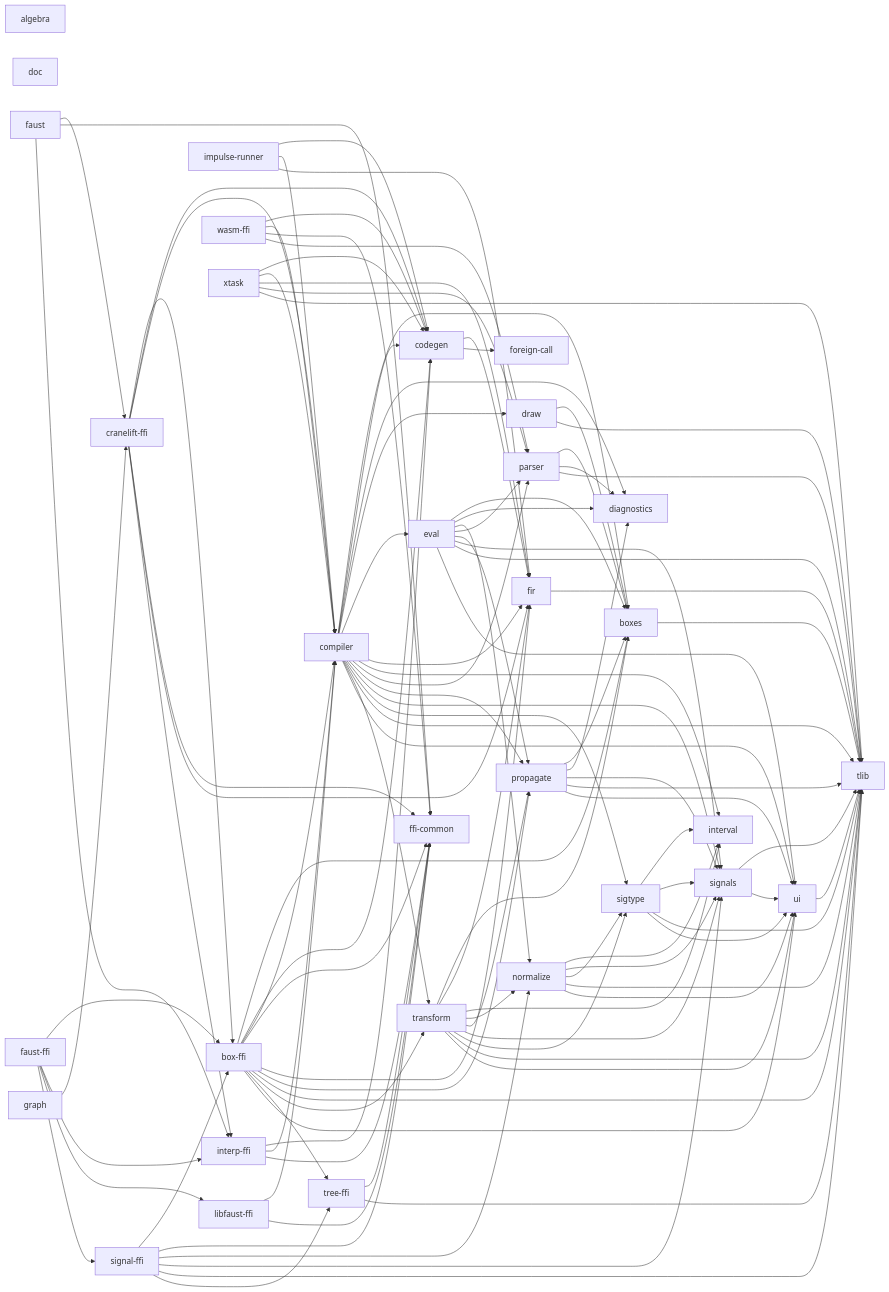
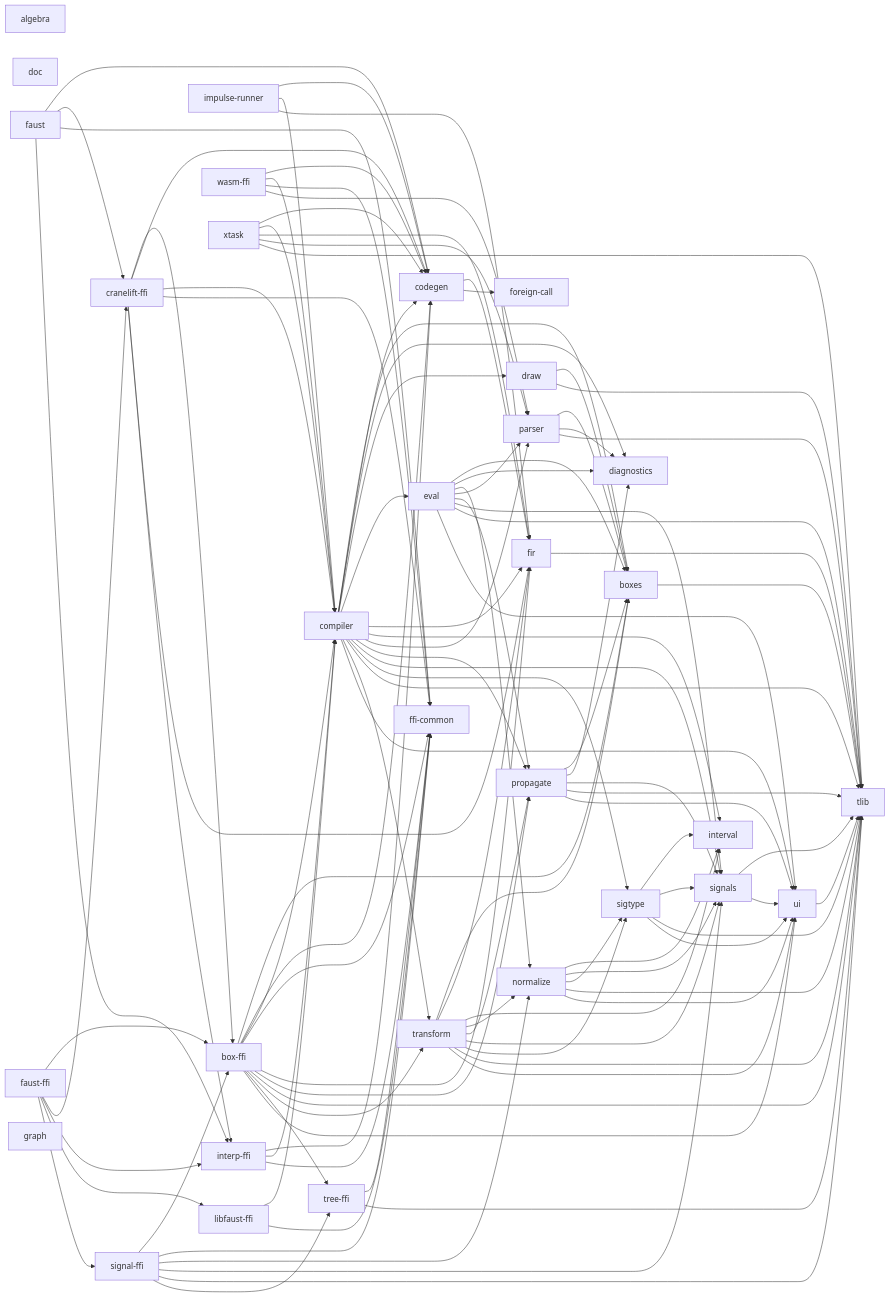
Before and after one commit to grame-cncm/faust-rs: the diagram in docs/code-graphs/internal-crate-deps.mmd, drawn with Mermaid. The commit also changed 19 other files, not shown here.

First line of the commit message:
faust, codegen, cranelift-ffi: Control::shortname and set_param_value/get_param_value by path, shortname or label as MapUI; one PathBuilder port (codegen::shortname::build_path) for the facade and faustprobe

```diff
--- a/docs/code-graphs/internal-crate-deps.mmd
+++ b/docs/code-graphs/internal-crate-deps.mmd
@@ -1,139 +1,140 @@
 flowchart LR
     crate_algebra["algebra"]
     crate_box_ffi["box-ffi"]
     crate_boxes["boxes"]
     crate_codegen["codegen"]
     crate_compiler["compiler"]
     crate_cranelift_ffi["cranelift-ffi"]
     crate_diagnostics["diagnostics"]
     crate_doc["doc"]
     crate_draw["draw"]
     crate_eval["eval"]
     crate_faust["faust"]
     crate_faust_ffi["faust-ffi"]
     crate_ffi_common["ffi-common"]
     crate_fir["fir"]
     crate_foreign_call["foreign-call"]
     crate_graph["graph"]
     crate_impulse_runner["impulse-runner"]
     crate_interp_ffi["interp-ffi"]
     crate_interval["interval"]
     crate_libfaust_ffi["libfaust-ffi"]
     crate_normalize["normalize"]
     crate_parser["parser"]
     crate_propagate["propagate"]
     crate_signal_ffi["signal-ffi"]
     crate_signals["signals"]
     crate_sigtype["sigtype"]
     crate_tlib["tlib"]
     crate_transform["transform"]
     crate_tree_ffi["tree-ffi"]
     crate_ui["ui"]
     crate_wasm_ffi["wasm-ffi"]
     crate_xtask["xtask"]
     crate_box_ffi --> crate_boxes
     crate_box_ffi --> crate_codegen
     crate_box_ffi --> crate_compiler
     crate_box_ffi --> crate_ffi_common
     crate_box_ffi --> crate_fir
     crate_box_ffi --> crate_propagate
     crate_box_ffi --> crate_tlib
     crate_box_ffi --> crate_transform
     crate_box_ffi --> crate_tree_ffi
     crate_box_ffi --> crate_ui
     crate_boxes --> crate_tlib
     crate_codegen --> crate_fir
     crate_codegen --> crate_foreign_call
     crate_compiler --> crate_boxes
     crate_compiler --> crate_codegen
     crate_compiler --> crate_diagnostics
     crate_compiler --> crate_draw
     crate_compiler --> crate_eval
     crate_compiler --> crate_fir
     crate_compiler --> crate_interval
     crate_compiler --> crate_parser
     crate_compiler --> crate_propagate
     crate_compiler --> crate_signals
     crate_compiler --> crate_sigtype
     crate_compiler --> crate_tlib
     crate_compiler --> crate_transform
     crate_compiler --> crate_ui
     crate_cranelift_ffi --> crate_box_ffi
     crate_cranelift_ffi --> crate_codegen
     crate_cranelift_ffi --> crate_compiler
     crate_cranelift_ffi --> crate_ffi_common
     crate_cranelift_ffi --> crate_fir
     crate_cranelift_ffi --> crate_interp_ffi
     crate_draw --> crate_boxes
     crate_draw --> crate_tlib
     crate_eval --> crate_boxes
     crate_eval --> crate_diagnostics
     crate_eval --> crate_normalize
     crate_eval --> crate_parser
     crate_eval --> crate_propagate
     crate_eval --> crate_signals
     crate_eval --> crate_tlib
     crate_eval --> crate_ui
+    crate_faust --> crate_codegen
     crate_faust --> crate_cranelift_ffi
     crate_faust --> crate_ffi_common
     crate_faust --> crate_interp_ffi
     crate_faust_ffi --> crate_box_ffi
     crate_faust_ffi --> crate_cranelift_ffi
     crate_faust_ffi --> crate_interp_ffi
     crate_faust_ffi --> crate_libfaust_ffi
     crate_faust_ffi --> crate_signal_ffi
     crate_fir --> crate_tlib
     crate_impulse_runner --> crate_codegen
     crate_impulse_runner --> crate_compiler
     crate_impulse_runner --> crate_fir
     crate_interp_ffi --> crate_codegen
     crate_interp_ffi --> crate_compiler
     crate_interp_ffi --> crate_ffi_common
     crate_libfaust_ffi --> crate_compiler
     crate_libfaust_ffi --> crate_ffi_common
     crate_normalize --> crate_interval
     crate_normalize --> crate_signals
     crate_normalize --> crate_sigtype
     crate_normalize --> crate_tlib
     crate_normalize --> crate_ui
     crate_parser --> crate_boxes
     crate_parser --> crate_diagnostics
     crate_parser --> crate_tlib
     crate_propagate --> crate_boxes
     crate_propagate --> crate_diagnostics
     crate_propagate --> crate_signals
     crate_propagate --> crate_tlib
     crate_propagate --> crate_ui
     crate_signal_ffi --> crate_box_ffi
     crate_signal_ffi --> crate_ffi_common
     crate_signal_ffi --> crate_normalize
     crate_signal_ffi --> crate_signals
     crate_signal_ffi --> crate_tlib
     crate_signal_ffi --> crate_tree_ffi
     crate_signals --> crate_tlib
     crate_signals --> crate_ui
     crate_sigtype --> crate_interval
     crate_sigtype --> crate_signals
     crate_sigtype --> crate_tlib
     crate_sigtype --> crate_ui
     crate_transform --> crate_boxes
     crate_transform --> crate_fir
     crate_transform --> crate_interval
     crate_transform --> crate_normalize
     crate_transform --> crate_propagate
     crate_transform --> crate_signals
     crate_transform --> crate_sigtype
     crate_transform --> crate_tlib
     crate_transform --> crate_ui
     crate_tree_ffi --> crate_ffi_common
     crate_tree_ffi --> crate_tlib
     crate_ui --> crate_tlib
     crate_wasm_ffi --> crate_codegen
     crate_wasm_ffi --> crate_compiler
     crate_wasm_ffi --> crate_ffi_common
     crate_wasm_ffi --> crate_parser
     crate_xtask --> crate_codegen
     crate_xtask --> crate_compiler
     crate_xtask --> crate_fir
     crate_xtask --> crate_parser
     crate_xtask --> crate_tlib
```
